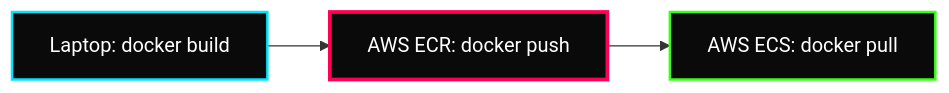
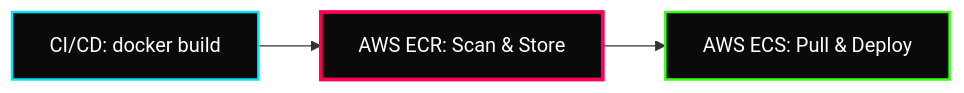
One commit to hridyen/DevOps-Survival-Roadmap changed the diagram in Week-13-AWS-Messaging-and-Containers/Containers-ECS-ECR/notes.md. Above: the diagram before and after it, drawn with Mermaid. The commit also changed other lines of this file and 10 other files, not shown here.

````diff
--- a/Week-13-AWS-Messaging-and-Containers/Containers-ECS-ECR/notes.md
+++ b/Week-13-AWS-Messaging-and-Containers/Containers-ECS-ECR/notes.md
@@ -24,9 +28,9 @@
 ```mermaid
 graph LR
     classDef local fill:#0A0A0A,stroke:#00E5FF,stroke-width:2px,color:#FFFFFF;
     classDef cloud fill:#0A0A0A,stroke:#FF0055,stroke-width:3px,color:#FFFFFF;
     classDef deploy fill:#0A0A0A,stroke:#39FF14,stroke-width:2px,color:#FFFFFF;
 
-    A[Laptop: docker build]:::local --> B[AWS ECR: docker push]:::cloud
-    B --> C[AWS ECS: docker pull]:::deploy
+    A[CI/CD: docker build]:::local --> B[AWS ECR: Scan & Store]:::cloud
+    B --> C[AWS ECS: Pull & Deploy]:::deploy
 ```
````
